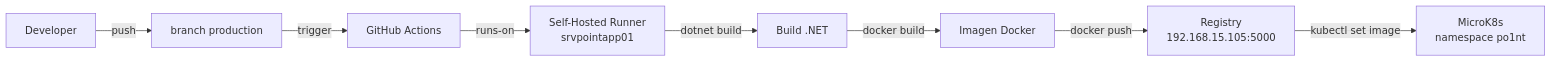
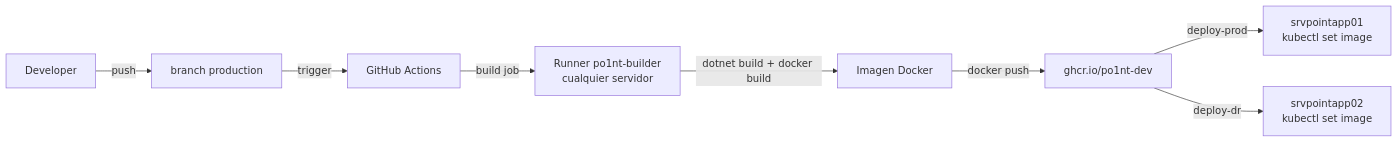
One commit to po1nt-dev/po1nt-documentacion changed the first of 2 diagrams in componentes/ci-cd.md. Above: the diagram before and after it, drawn with Mermaid. The commit also changed other lines of this file and 2 other files, not shown here.

````diff
--- a/componentes/ci-cd.md
+++ b/componentes/ci-cd.md
@@ -9,10 +9,10 @@
 ```mermaid
 flowchart LR
     DEV[Developer] -->|push| PROD_BRANCH[branch production]
     PROD_BRANCH -->|trigger| GHA[GitHub Actions]
-    GHA -->|runs-on| RUNNER[Self-Hosted Runner<br>srvpointapp01]
-    RUNNER -->|dotnet build| BUILD[Build .NET]
-    BUILD -->|docker build| DOCKER[Imagen Docker]
-    DOCKER -->|docker push| REGISTRY[Registry<br>192.168.15.105:5000]
-    REGISTRY -->|kubectl set image| K8S[MicroK8s<br>namespace po1nt]
+    GHA -->|build job| BUILDER[Runner po1nt-builder<br>cualquier servidor]
+    BUILDER -->|dotnet build + docker build| IMAGE[Imagen Docker]
+    IMAGE -->|docker push| GHCR[ghcr.io/po1nt-dev]
+    GHCR -->|deploy-prod| PROD[srvpointapp01<br>kubectl set image]
+    GHCR -->|deploy-dr| DR[srvpointapp02<br>kubectl set image]
 ```
````
